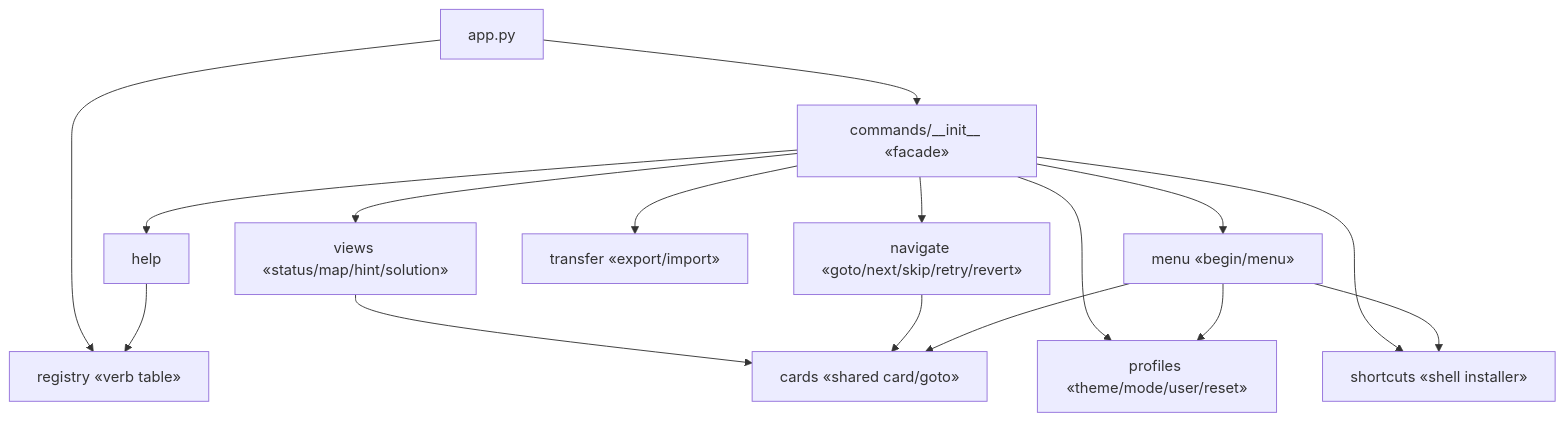
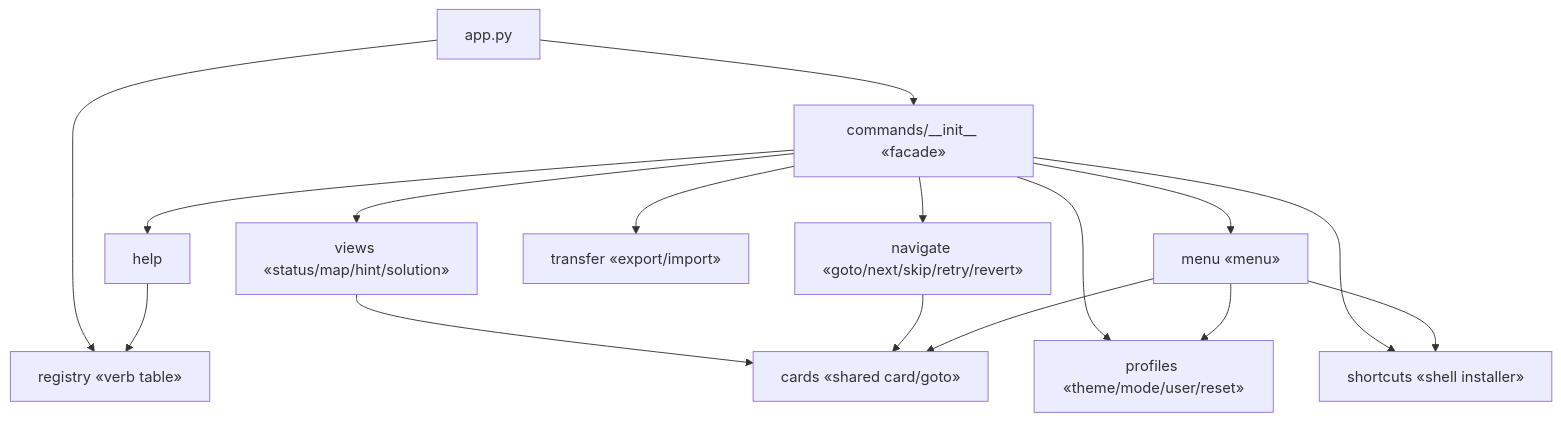
The fifth of 12 diagrams in docs/architecture/README.md (N041M/PyQuest), drawn with Mermaid before and after one commit. The commit also changed other lines of this file and 23 other files, not shown here.

Commit message:
Remove begin (use menu); split next (needs solve) from skip (forced advance)

````diff
--- a/docs/architecture/README.md
+++ b/docs/architecture/README.md
@@ -145,18 +145,18 @@
 ```mermaid
 flowchart TB
     app["app.py"] --> creg["registry «verb table»"]
     app --> cinit["commands/__init__ «facade»"]
     cinit --> cviews["views «status/map/hint/solution»"]
     cinit --> cnav["navigate «goto/next/skip/retry/revert»"]
-    cinit --> cmenu["menu «begin/menu»"]
+    cinit --> cmenu["menu «menu»"]
     cinit --> cprof["profiles «theme/mode/user/reset»"]
     cinit --> ctrans["transfer «export/import»"]
     cinit --> cshort["shortcuts «shell installer»"]
     cinit --> chelp["help"]
     cviews --> ccards["cards «shared card/goto»"]
     cnav --> ccards
     cmenu --> ccards
     cmenu --> cprof
     cmenu --> cshort
     chelp --> creg
 ```
````
